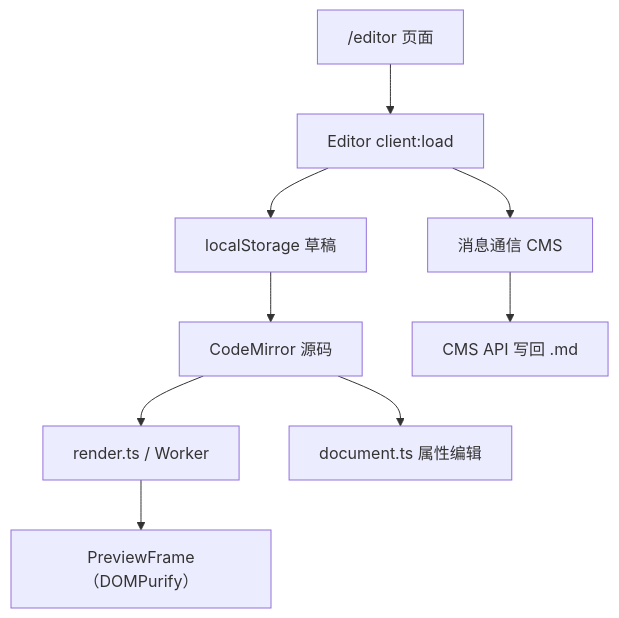
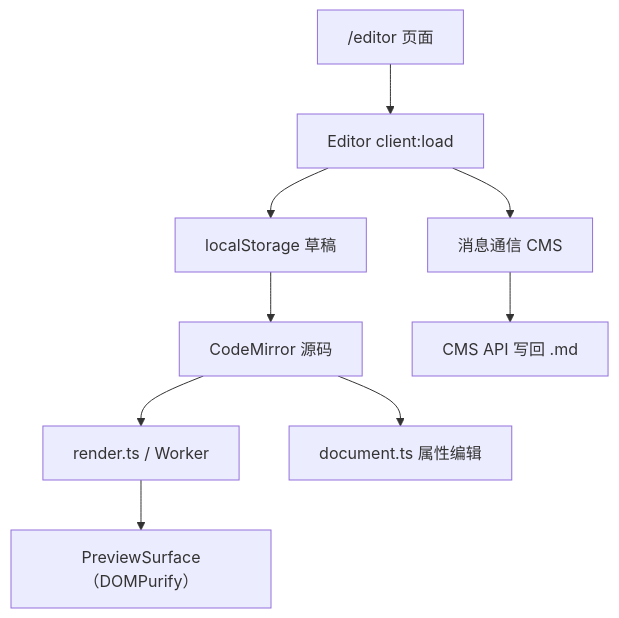
Before and after one commit to kkkh/blog: the third of 8 diagrams in docs/code-wiki/08-features.md, drawn with Mermaid. The commit also changed other lines of this file and 12 other files, not shown here.

Commit message:
docs: expand Code Wiki with Mermaid diagrams

````diff
--- a/docs/code-wiki/08-features.md
+++ b/docs/code-wiki/08-features.md
@@ -83,11 +119,11 @@
 ```mermaid
 flowchart TD
     A["/editor 页面"] --> B["Editor client:load"]
     B --> C["localStorage 草稿"]
     C --> D["CodeMirror 源码"]
     D --> E["render.ts / Worker"]
-    E --> F["PreviewFrame（DOMPurify）"]
+    E --> F["PreviewSurface（DOMPurify）"]
     D --> G["document.ts 属性编辑"]
     B --> H["消息通信 CMS"]
     H --> I["CMS API 写回 .md"]
 ```
````
